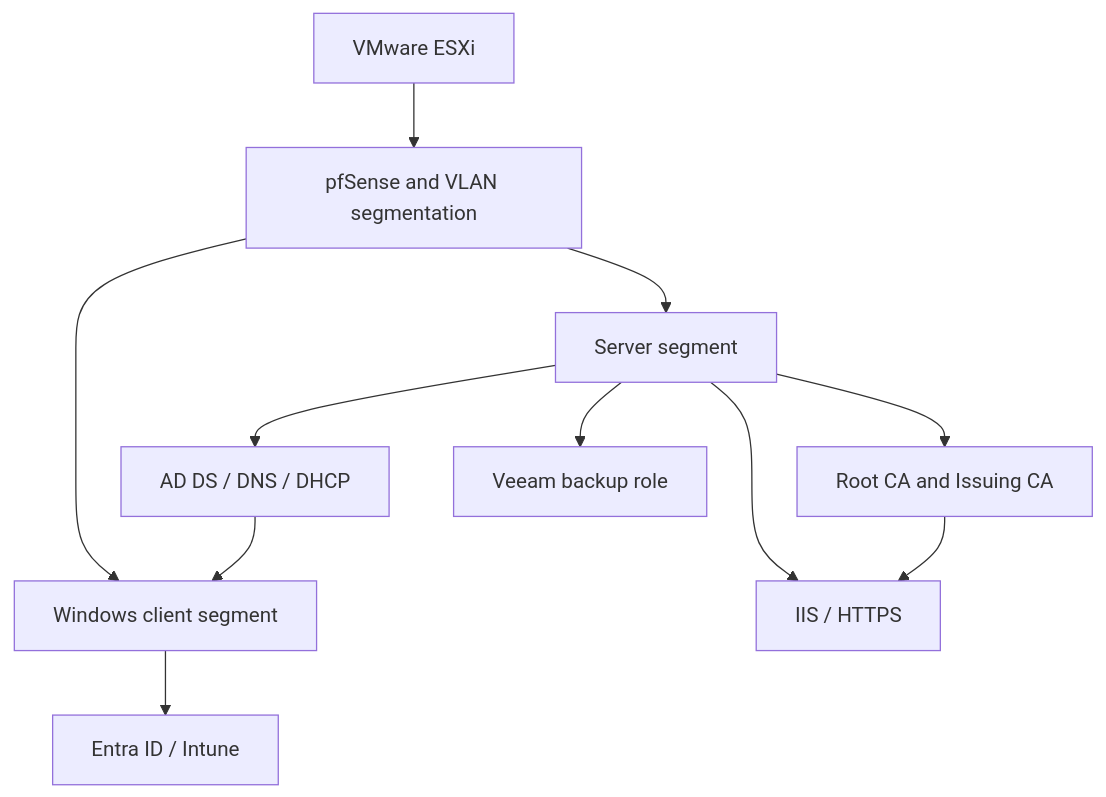
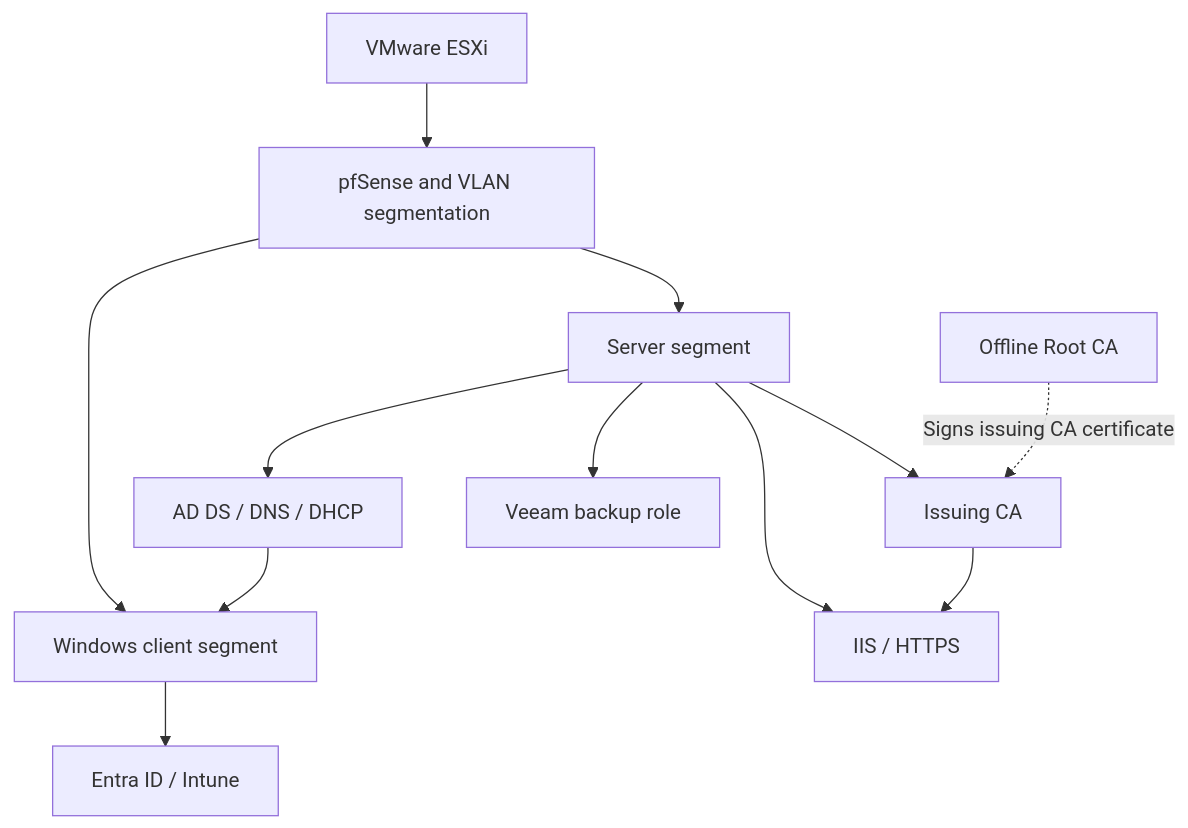
Before and after one commit to AmrAssi/Amr-Assi-Portfolio: the diagram in labs/enterprise-home-lab/README.md, drawn with Mermaid. The commit also changed 3 other files, not shown here.

Commit message:
Record passing Windows validation and clarify lab architecture

````diff
--- a/labs/enterprise-home-lab/README.md
+++ b/labs/enterprise-home-lab/README.md
@@ -25,13 +25,14 @@
 ```mermaid
 flowchart TD
     ESXi["VMware ESXi"] --> FW["pfSense and VLAN segmentation"]
     FW --> Clients["Windows client segment"]
     FW --> Servers["Server segment"]
     Servers --> AD["AD DS / DNS / DHCP"]
-    Servers --> PKI["Root CA and Issuing CA"]
+    Servers --> PKI["Issuing CA"]
+    Root["Offline Root CA"] -. "Signs issuing CA certificate" .-> PKI
     Servers --> Web["IIS / HTTPS"]
     Servers --> Backup["Veeam backup role"]
     AD --> Clients
     PKI --> Web
     Clients --> Cloud["Entra ID / Intune"]
 ```
````
